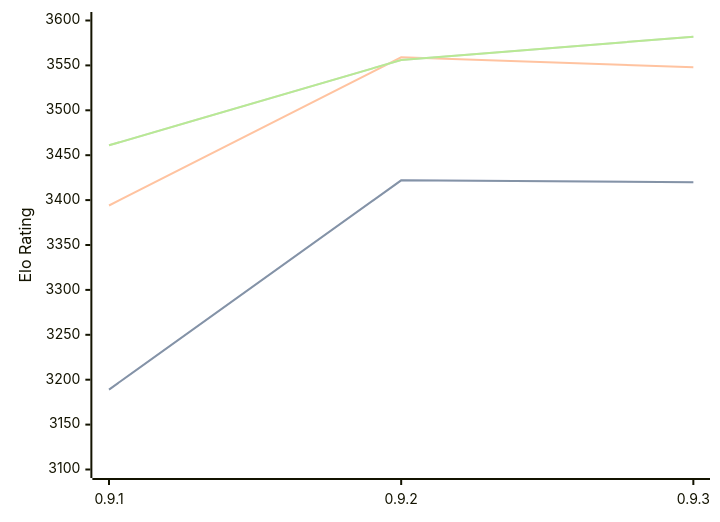
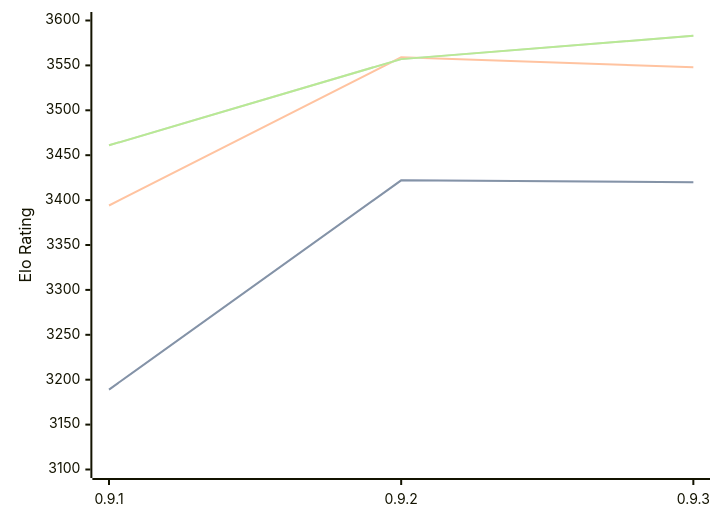
One commit to computer-chess-index/cci changed the diagram in engines/Coda.md. Above: the diagram before and after it, drawn with Mermaid. The commit also changed other lines of this file, not shown here.

Commit message:
Update CCI Ratings (ELO VLTC) - 2026-08-17

````diff
--- a/engines/Coda.md
+++ b/engines/Coda.md
@@ -33,11 +33,11 @@
 ```mermaid
 %%{init: {"theme":"base","themeVariables":{"seriesColors:['#a3a3a3','#222221','#faa371']}}}%%
 xychart-beta
   x-axis ["0.9.1", "0.9.2", "0.9.3"]
   y-axis "Elo Rating" 3100 --> 3600
   line "STC (8.0+0.08s)" [3189, 3422, 3420]
   line "STC (8.0+0.08s)" [3189, 3422, 3420]
   line "LTC (60.0+0.60s)" [3394, 3559, 3548]
-  line "VLTC (2m24s+1.12s)" [3461, 3556, 3582]
-  line "VLTC (2m24s+1.12s)" [3461, 3556, 3582]
+  line "VLTC (2m24s+1.12s)" [3461, 3557, 3583]
+  line "VLTC (2m24s+1.12s)" [3461, 3557, 3583]
 ```
````
